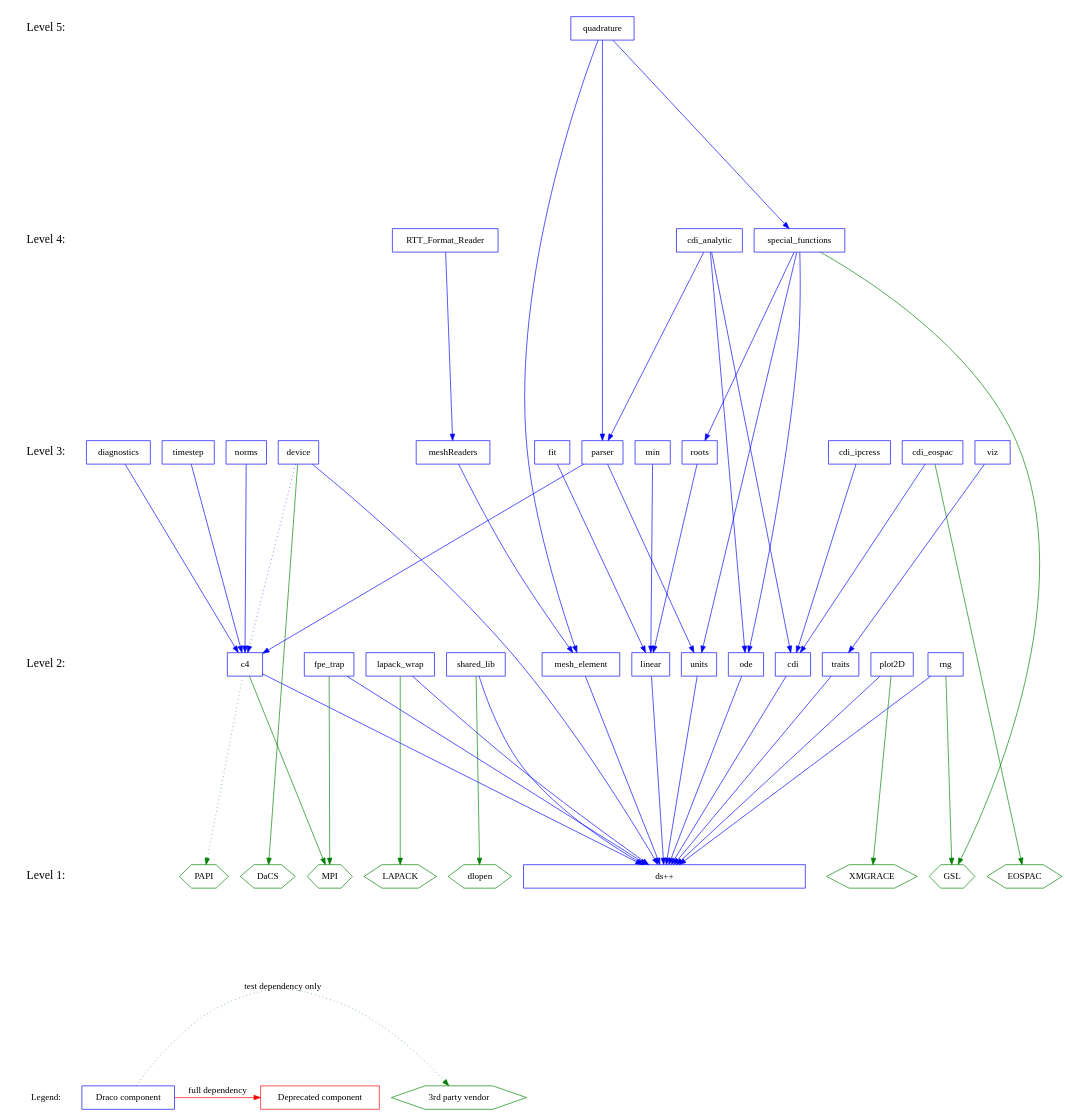
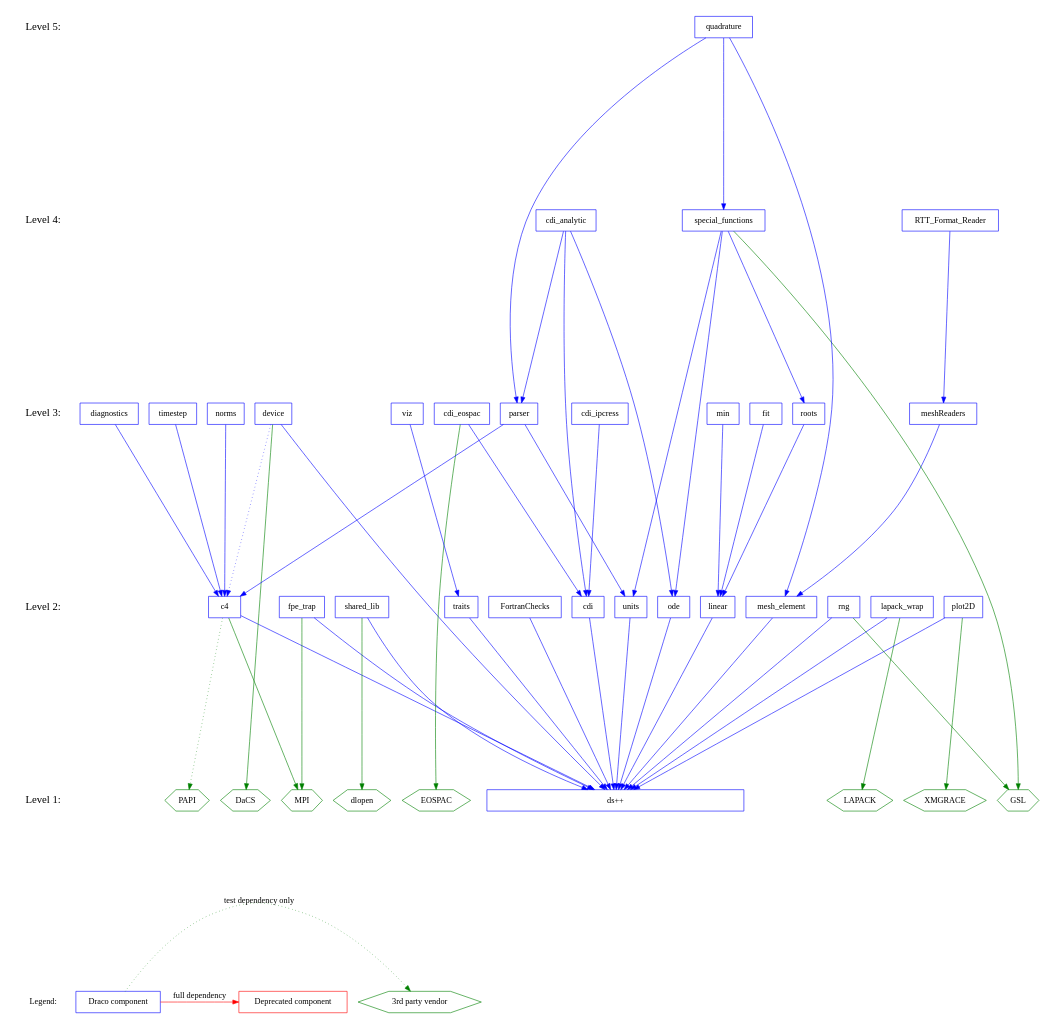
Before and after one commit to warsa/Draco: the diagram in doc/design/level.dot, drawn with Graphviz.

Commit message:
+ Add FortranChecks to the level diagram.

```diff
--- a/doc/design/level.dot
+++ b/doc/design/level.dot
@@ -1,140 +1,142 @@
 digraph draco_level {
     /* graph attributes */
     center=1;
     size="7.5,10";
     ranksep=4;
     
     /* levels */
     legend [shape=plaintext, label="Legend:", fontsize=14];
     level1 [shape=plaintext, label="Level 1:", fontsize=18];
     level2 [shape=plaintext, label="Level 2:", fontsize=18];
     level3 [shape=plaintext, label="Level 3:", fontsize=18];
     level4 [shape=plaintext, label="Level 4:", fontsize=18];
     level5 [shape=plaintext, label="Level 5:", fontsize=18]; 
 /*    level6 [shape=plaintext, label="Level 6:", fontsize=18]; */
     
     /* level6 -> */
     level5 -> 
     level4 -> level3 -> level2 -> level1 -> legend [style=invis];
     
     /* packages */
 
     /* legend */
     leg_vendor [shape=box, label="3rd party vendor", color=green, shape=hexagon];
     leg_draco  [shape=box, label="Draco component",  color=blue,  shape=box ];
     leg_depre  [shape=box, label="Deprecated component", color=red,  shape=box ];
 
     /* level 1 */
     vdlopen    [shape=hexagon, color=green, label="dlopen"];
     veospac    [shape=hexagon, color=green, label="EOSPAC"];
     vgrace     [shape=hexagon, color=green, label="XMGRACE"];
     vlapack    [shape=hexagon, color=green, label="LAPACK"];
     vmpi       [shape=hexagon, color=green, label="MPI"];
     vdacs      [shape=hexagon, color=green, label="DaCS"];
     vpapi      [shape=hexagon, color=green, label="PAPI"];
         
     dsxx [shape=box, color=blue, label="ds++", width=6];
     
     /* level 2 */
     vgsl       [shape=hexagon, color=green, label="GSL"];
 
     c4         [shape=box, color=blue, label="c4"];
     cdi        [shape=box, color=blue, label="cdi"];
     fpetrap    [shape=box, color=blue, label="fpe_trap"];
+    fc         [shape=box, color=blue, label="FortranChecks"];
     lapack     [shape=box, color=blue, label="lapack_wrap"];
     linear     [shape=box, color=blue, label="linear"];
     meshelement [shape=box, color=blue, label="mesh_element"];
     ode        [shape=box, color=blue, label="ode"];
     plot       [shape=box, color=blue, label="plot2D"];
     rng        [shape=box, color=blue, label="rng"];
     shlib      [shape=box, color=blue, label="shared_lib"];
     traits     [shape=box, color=blue, label="traits"];
     units      [shape=box, color=blue, label="units"];
         
     /* level 3 */
     device    [shape=box, color=blue, label="device"];
     cdieos    [shape=box, color=blue, label="cdi_eospac"];
     cdiip     [shape=box, color=blue, label="cdi_ipcress"];
     diagnostics [shape=box, color=blue, label="diagnostics"];
     fit       [shape=box, color=blue, label="fit"];
     meshread  [shape=box, color=blue, label="meshReaders"];
     min       [shape=box, color=blue, label="min"];
     norms     [shape=box, color=blue, label="norms"];
     parser    [shape=box, color=blue, label="parser"];
     roots     [shape=box, color=blue, label="roots"];
     timestep  [shape=box, color=blue, label="timestep"];
     viz       [shape=box, color=blue, label="viz"];
     
     /* level 4 */
     sf        [shape=box, color=blue, label="special_functions"];
     cdianal   [shape=box, color=blue, label="cdi_analytic"];
     rttread   [shape=box, color=blue, label="RTT_Format_Reader"];
 
     /* level 5 */
     quad      [shape=box, color=blue, label="quadrature"];
 
     
     /* dependencies */
     {rank=same; legend leg_vendor leg_draco leg_depre};
     {rank=same; level1 dsxx vlapack vmpi veospac vgrace vdlopen vgsl vdacs vpapi};
     {rank=same; level2 shlib plot lapack traits c4 fpetrap units cdi ode linear};
     {rank=same; level3 viz timestep cdieos meshread parser};
     {rank=same; level4 rttread sf};
 
 
     leg_draco -> {leg_vendor} [color=green, style=dotted, label="test dependency only"];
     leg_draco -> {leg_depre} [color=red, label="full dependency"];
     
     /* draco packages */
 
     /* NOTE:  hidden dependencies are in comments at the end of each line.
      * For example if a package depends on c4 it implicitly depends on dsxx
      * as well.  The dependency on dsxx is not shown explicitly on the
      * graph. 
     
     /* level 2 */
     c4          -> {dsxx}        [color=blue];
     c4          -> {vmpi}        [color=green];
     c4          -> {vpapi}       [color=green, style=dotted];
     cdi         -> {dsxx}        [color=blue];
+    fc          -> {dsxx}        [color=blue];
     fpetrap     -> {dsxx}        [color=blue];
     fpetrap     -> {vmpi}        [color=green];
     lapack      -> {dsxx}        [color=blue];
     lapack      -> {vlapack}     [color=green];
     linear      -> {dsxx}        [color=blue];
     meshelement -> {dsxx}        [color=blue];
     ode         -> {dsxx}        [color=blue];
     plot        -> {dsxx}        [color=blue];
     plot        -> {vgrace}      [color=green];
     rng         -> {dsxx}        [color=blue];
     rng         -> {vgsl}        [color=green];
     shlib       -> {dsxx}        [color=blue];
     shlib       -> {vdlopen}     [color=green];
     traits      -> {dsxx}        [color=blue];
     units       -> {dsxx}        [color=blue];
     
     /* level 3 */
     device      -> {dsxx}        [color=blue];
     device      -> {c4}          [color=blue, style=dotted];
     device      -> {vdacs}       [color=green];
     cdieos      -> {cdi}         [color=blue];
     cdieos      -> {veospac}     [color=green]; 
     cdiip       -> {cdi}         [color=blue];
     diagnostics -> {c4}          [color=blue];
     fit         -> {linear}      [color=blue];
     meshread    -> {meshelement} [color=blue];
     min         -> {linear}      [color=blue];
     norms       -> {c4}          [color=blue];
     parser      -> {c4 units}    [color=blue];
     roots       -> {linear}      [color=blue];
     sf          -> {units ode roots} [color=blue];
     sf          -> {vgsl}        [color=green];
     timestep    -> {c4}          [color=blue];
     viz         -> {traits}      [color=blue];
 
     /* level 4 */
     cdianal     -> {parser cdi ode}        [color=blue];
     quad        -> {sf meshelement parser} [color=blue];
     rttread     -> {meshread}              [color=blue];
 
 }
```
